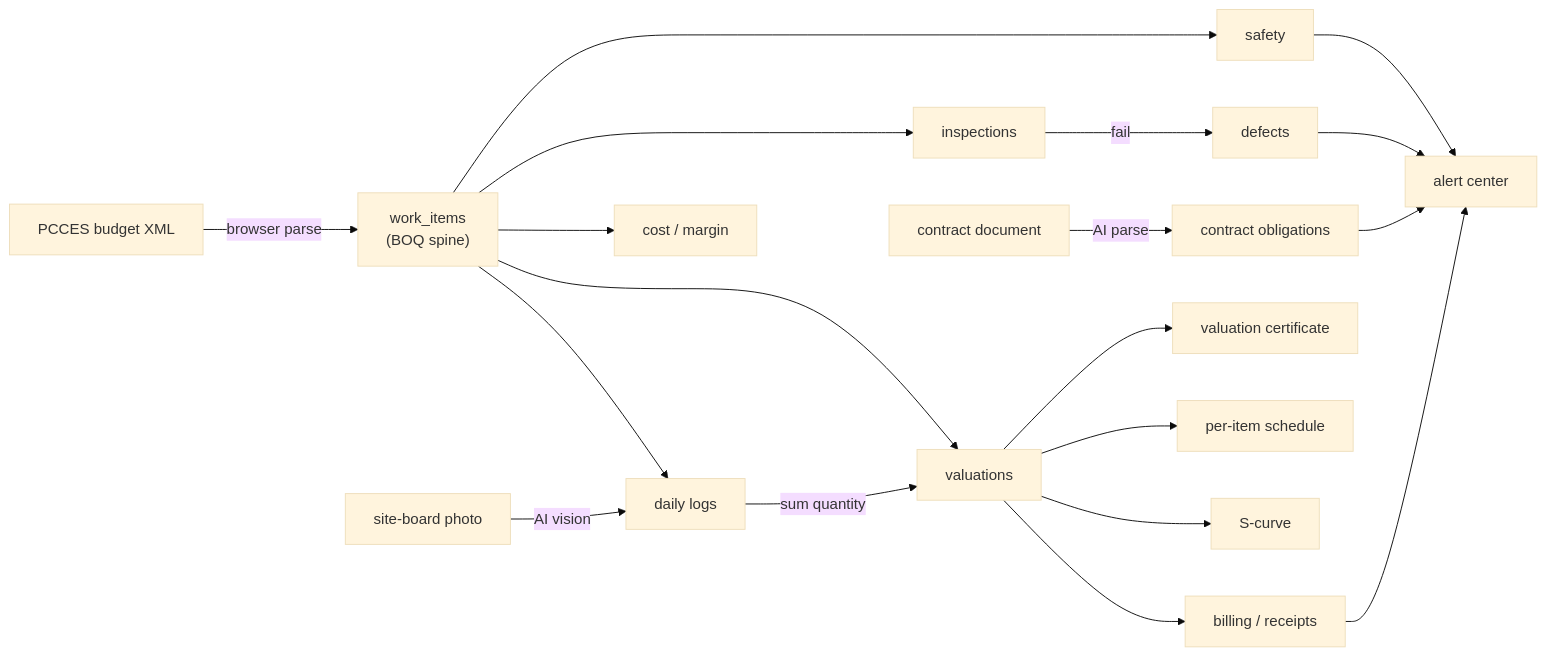
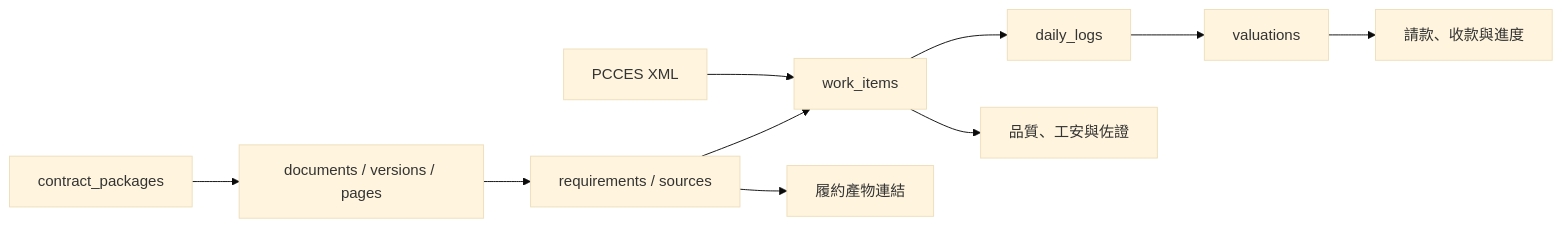
The first of 2 diagrams in README.md (ryanxxhuang/PMIS), drawn with Mermaid (base theme) before and after one commit. The commit also changed other lines of this file and 43 other files, not shown here.

````diff
--- a/README.md
+++ b/README.md
@@ -137,21 +35,13 @@
 ```mermaid
 flowchart LR
-  XML["PCCES budget XML"] -->|browser parse| WI["work_items<br/>(BOQ spine)"]
-  WI --> LOG["daily logs"]
-  WB["site-board photo"] -->|AI vision| LOG
-  LOG -->|sum quantity| VAL["valuations"]
-  WI --> VAL
-  VAL --> PAY["billing / receipts"]
-  VAL --> CRV["S-curve"]
-  VAL --> SCH["per-item schedule"]
-  VAL --> PDF["valuation certificate"]
-  WI --> COST["cost / margin"]
-  WI --> INS["inspections"]
-  INS -->|fail| DEF["defects"]
-  WI --> SAF["safety"]
-  DOC["contract document"] -->|AI parse| OBL["contract obligations"]
-  OBL --> ALERT["alert center"]
-  DEF --> ALERT
-  SAF --> ALERT
-  PAY --> ALERT
+  XML["PCCES XML"] --> WI["work_items"]
+  WI --> LOG["daily_logs"]
+  LOG --> VAL["valuations"]
+  VAL --> PAY["請款、收款與進度"]
+  WI --> QC["品質、工安與佐證"]
+
+  PKG["contract_packages"] --> DOC["documents / versions / pages"]
+  DOC --> REQ["requirements / sources"]
+  REQ --> WI
+  REQ --> ART["履約產物連結"]
 ```
````
